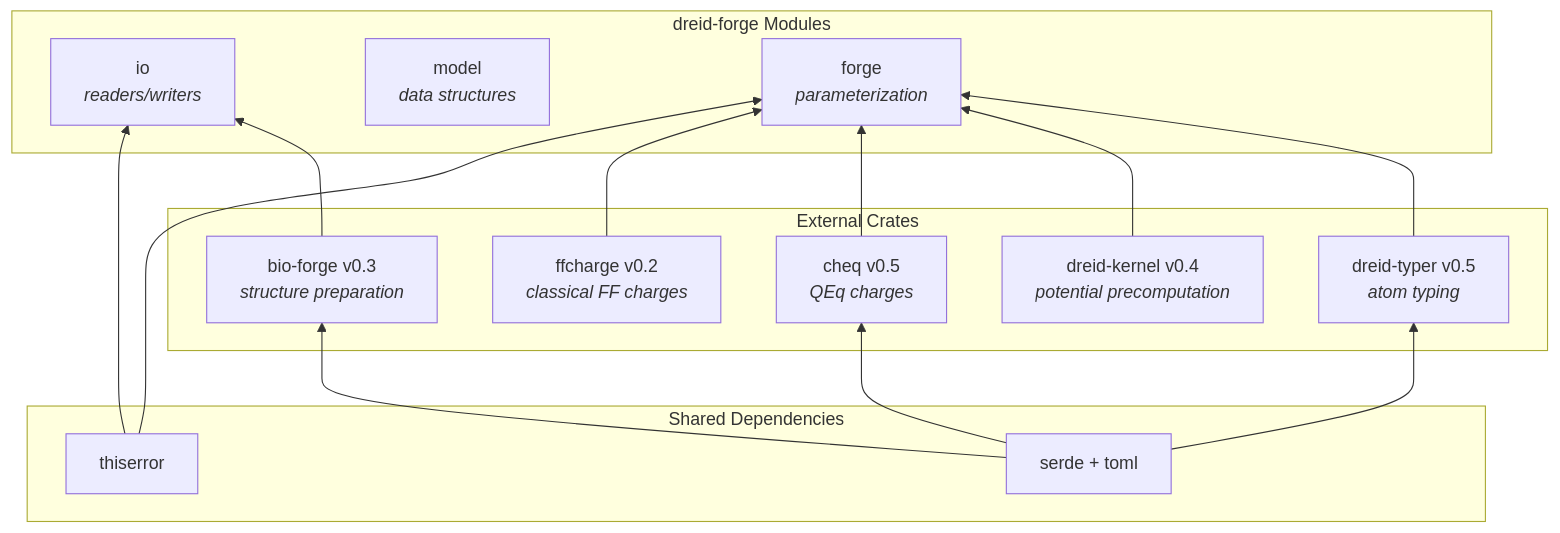
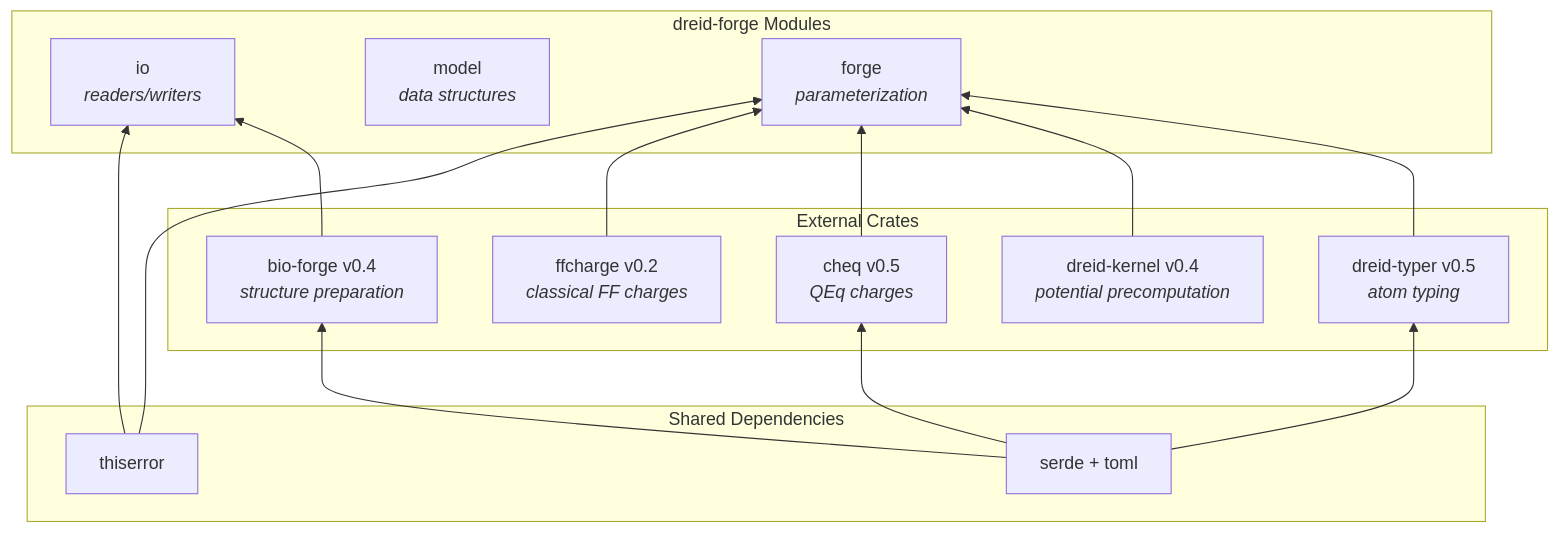
Diagram 18 of 18 in ARCHITECTURE.md (caltechmsc/dreid-forge), drawn with Mermaid before and after one commit. The commit also changed other lines of this file, not shown here.

Commit message:
docs(architecture): Update I/O configurations to include salt bridge detection and bump bio-forge version to 0.4

````diff
--- a/ARCHITECTURE.md
+++ b/ARCHITECTURE.md
@@ -1112,32 +1112,32 @@
 ```mermaid
 flowchart BT
     subgraph "External Crates"
-        BF["bio-forge v0.3<br><i>structure preparation</i>"]
+        BF["bio-forge v0.4<br><i>structure preparation</i>"]
         DT["dreid-typer v0.5<br><i>atom typing</i>"]
         DK["dreid-kernel v0.4<br><i>potential precomputation</i>"]
         CQ["cheq v0.5<br><i>QEq charges</i>"]
         FF["ffcharge v0.2<br><i>classical FF charges</i>"]
     end
 
     subgraph "dreid-forge Modules"
         IO["io<br><i>readers/writers</i>"]
         MODEL["model<br><i>data structures</i>"]
         FORGE["forge<br><i>parameterization</i>"]
     end
 
     subgraph "Shared Dependencies"
         SERDE["serde + toml"]
         THISERROR["thiserror"]
     end
 
     BF --> IO
     DT --> FORGE
     DK --> FORGE
     CQ --> FORGE
     FF --> FORGE
     SERDE --> BF
     SERDE --> DT
     SERDE --> CQ
     THISERROR --> IO
     THISERROR --> FORGE
 ```
````
